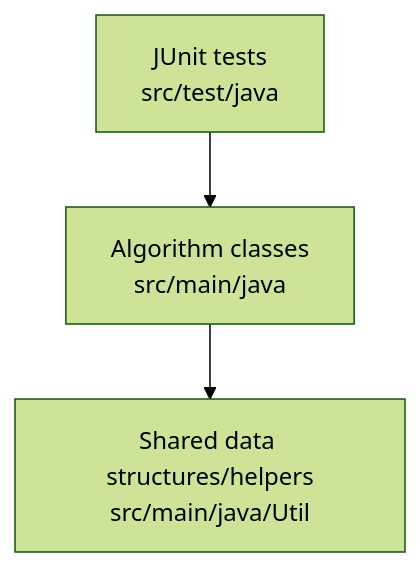
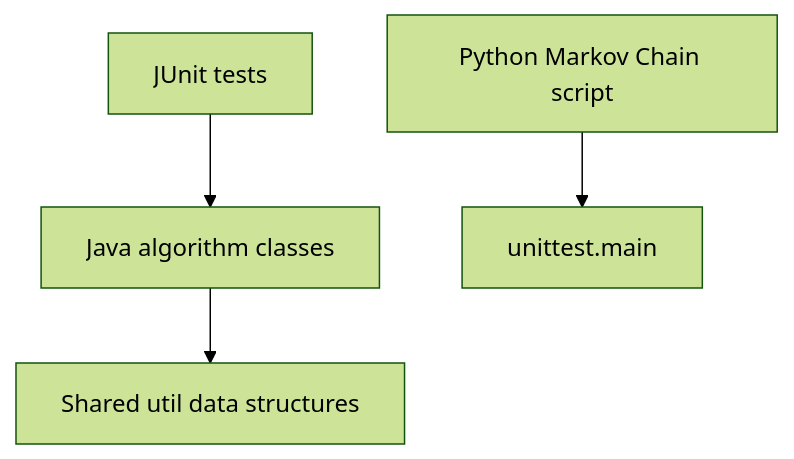
The diagram in README.md (mgierschdev/Algorithms), drawn with Mermaid (forest theme) before and after one commit. The commit also changed other lines of this file, not shown here.

````diff
--- a/README.md
+++ b/README.md
@@ -14,5 +27,6 @@
 ```mermaid
-graph TD
-    Tests[JUnit tests<br>src/test/java] --> Algorithms[Algorithm classes<br>src/main/java]
-    Algorithms --> Util[Shared data structures/helpers<br>src/main/java/Util]
+flowchart TD
+  Tests[JUnit tests] --> Algorithms[Java algorithm classes]
+  Algorithms --> Util[Shared util data structures]
+  Python[Python Markov Chain script] --> PythonTests[unittest.main]
 ```
````
